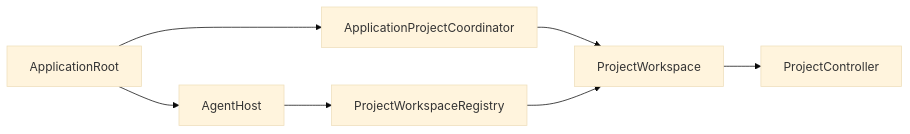
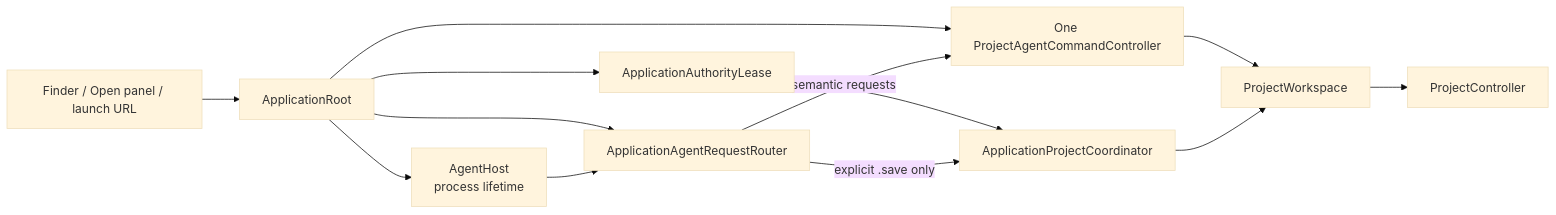
One commit to 1amageek/Rupa changed the first of 3 diagrams in Rupa/Rupa/Rupa/DESIGN.md. Above: the diagram before and after it, drawn with Mermaid (base theme). The commit also changed other lines of this file and 41 other files, not shown here.

Commit message:
Open and save schema-v3 projects through Rupa authority

````diff
--- a/Rupa/Rupa/Rupa/DESIGN.md
+++ b/Rupa/Rupa/Rupa/DESIGN.md
@@ -26,9 +31,15 @@
 ```mermaid
 flowchart LR
-    Root["ApplicationRoot"] --> Coordinator["ApplicationProjectCoordinator"]
-    Root --> Host["AgentHost"]
+    Delivery["Finder / Open panel / launch URL"] --> Root["ApplicationRoot"]
+    Root --> Lease["ApplicationAuthorityLease"]
+    Lease --> Coordinator["ApplicationProjectCoordinator"]
+    Root --> Controller["One ProjectAgentCommandController"]
+    Controller --> Workspace
+    Root --> Router["ApplicationAgentRequestRouter"]
+    Router -->|semantic requests| Controller
+    Router -->|explicit .save only| Coordinator
+    Root --> Host["AgentHost\nprocess lifetime"]
+    Host --> Router
     Coordinator --> Workspace["ProjectWorkspace"]
-    Host --> Registry["ProjectWorkspaceRegistry"]
-    Registry --> Workspace
-    Workspace --> Controller["ProjectController"]
+    Workspace --> ProjectController["ProjectController"]
 ```
````
